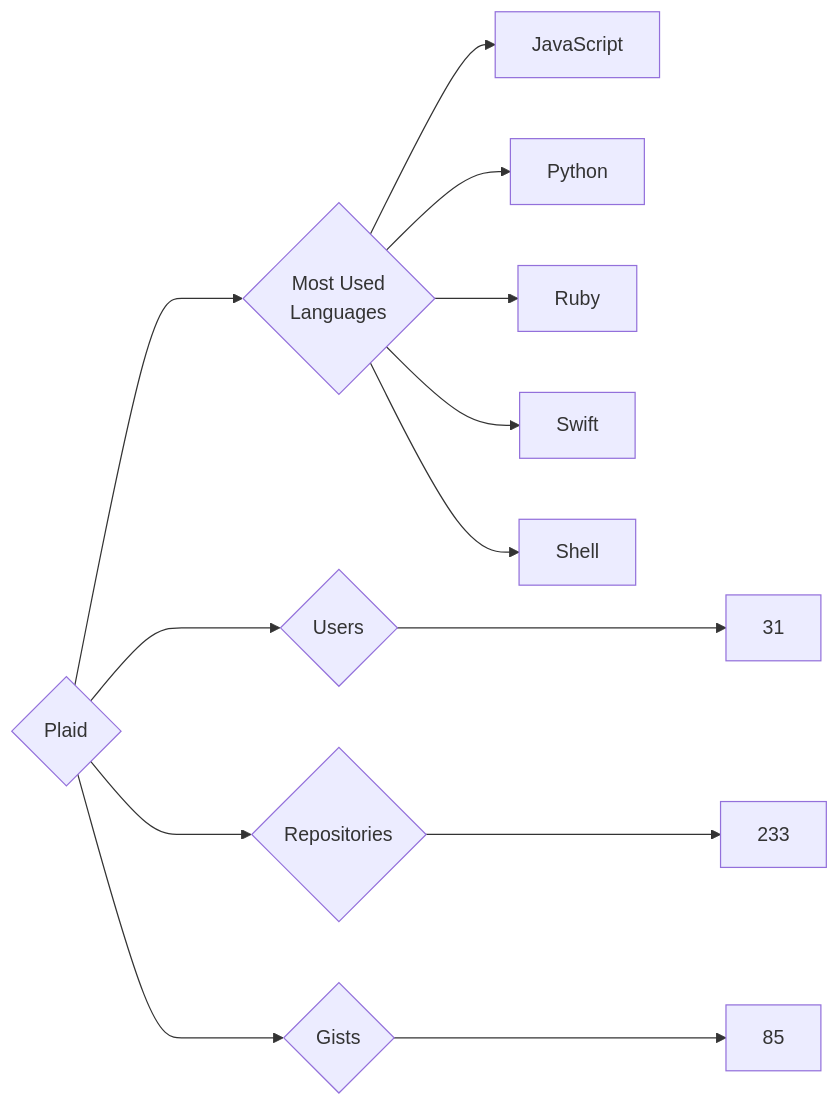
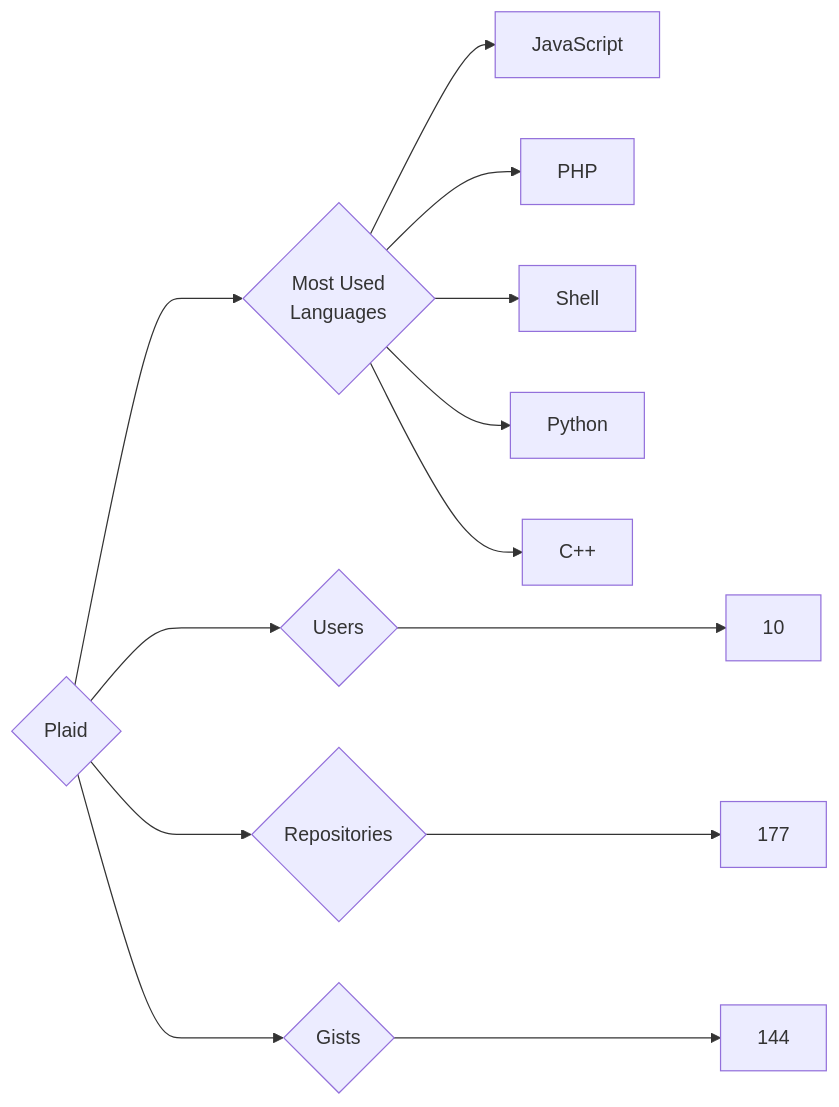
One commit to trickest/insiders changed the diagram in targets/Plaid/README.md. Above: the diagram before and after it, drawn with Mermaid. The commit also changed 773 other files, not shown here.

````diff
--- a/targets/Plaid/README.md
+++ b/targets/Plaid/README.md
@@ -3,13 +3,13 @@
 ```mermaid
 graph LR
 COMPANY_NAME{Plaid}
-COMPANY_NAME ---> U{Users} ---> UN[31]
-COMPANY_NAME ---> R{Repositories} ---> RN[233]
-COMPANY_NAME ---> G{Gists} ---> GN[85]
+COMPANY_NAME ---> U{Users} ---> UN[10]
+COMPANY_NAME ---> R{Repositories} ---> RN[177]
+COMPANY_NAME ---> G{Gists} ---> GN[144]
 COMPANY_NAME ---> ML{Most Used<br>Languages}
 ML --> JavaScript[JavaScript]
+ML --> PHP[PHP]
+ML --> Shell[Shell]
 ML --> Python[Python]
-ML --> Ruby[Ruby]
-ML --> Swift[Swift]
-ML --> Shell[Shell]
+ML --> C++[C++]
 ```
````
